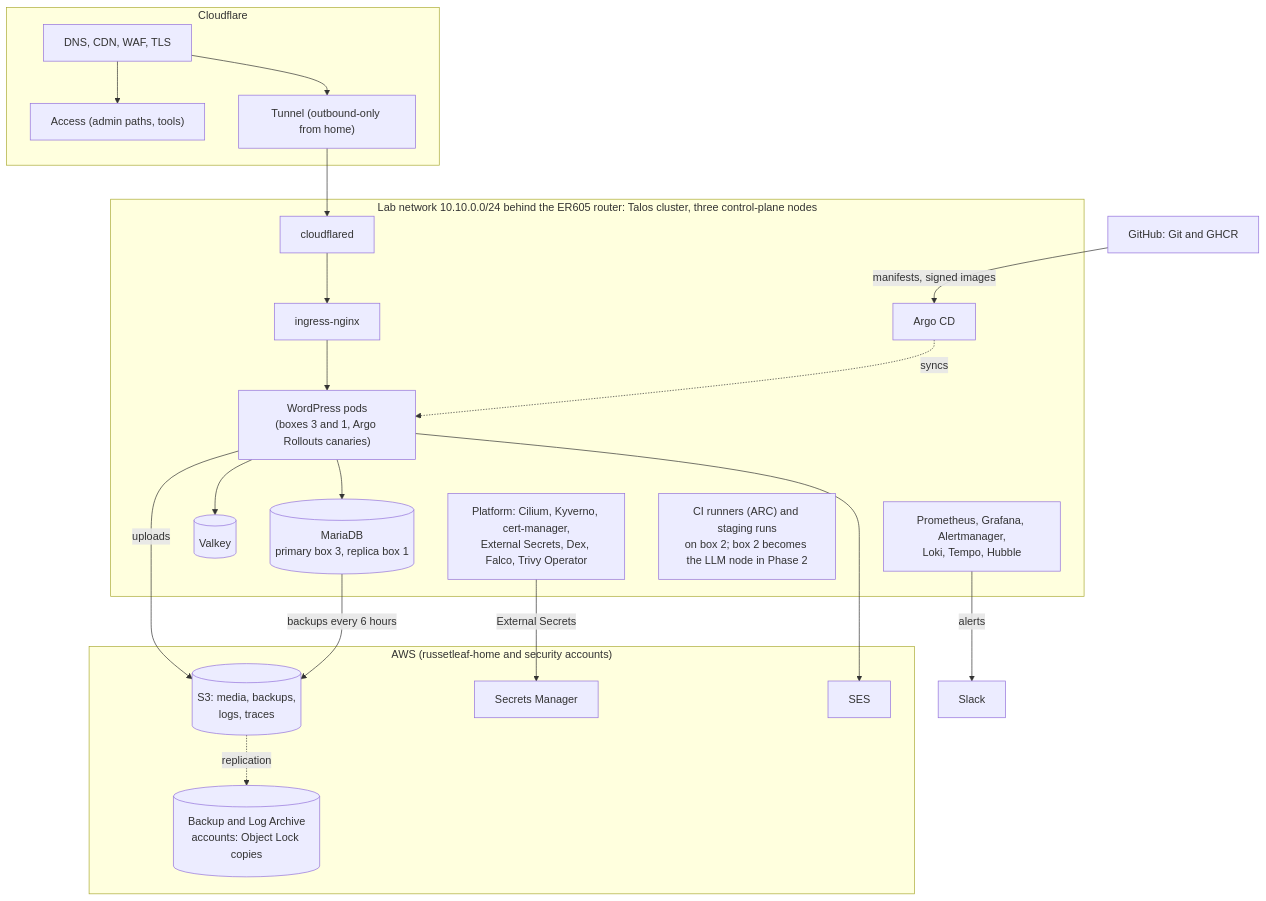
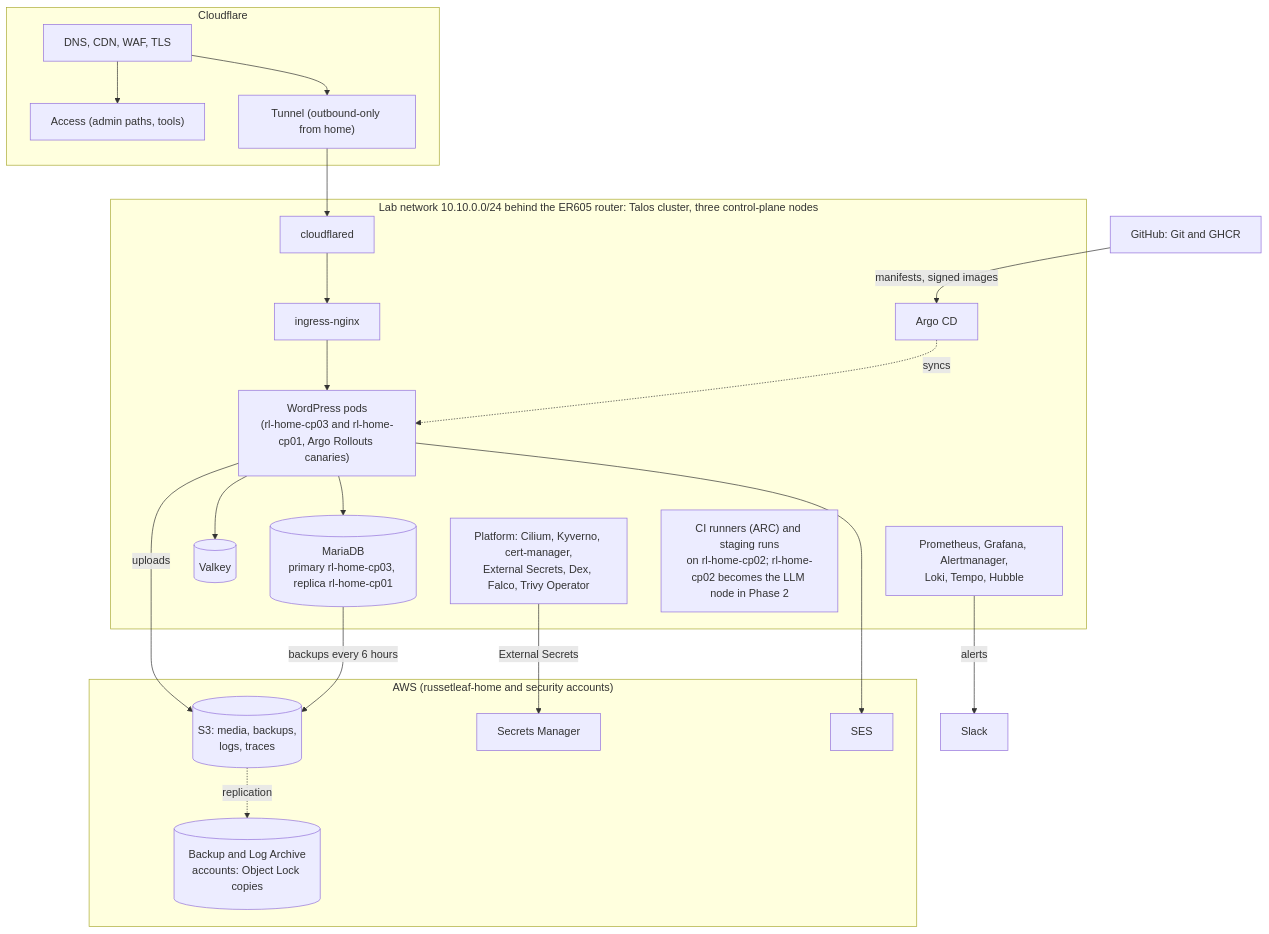
One commit to russetleaf/russetleaf-docs changed the second of 2 diagrams in docs/phase-1-russetleaf-dev/design.md. Above: the diagram before and after it, drawn with Mermaid. The commit also changed other lines of this file and 33 other files, not shown here.

````diff
--- a/docs/phase-1-russetleaf-dev/design.md
+++ b/docs/phase-1-russetleaf-dev/design.md
@@ -40,31 +40,31 @@
 ```mermaid
 flowchart TB
   subgraph edge["Cloudflare"]
     dns["DNS, CDN, WAF, TLS"] --> access["Access (admin paths, tools)"]
     tunnel["Tunnel (outbound-only from home)"]
   end
   subgraph lab["Lab network 10.10.0.0/24 behind the ER605 router: Talos cluster, three control-plane nodes"]
     cfd["cloudflared"] --> ingress["ingress-nginx"]
-    ingress --> wp["WordPress pods<br/>(boxes 3 and 1, Argo Rollouts canaries)"]
-    wp --> db[("MariaDB<br/>primary box 3, replica box 1")]
+    ingress --> wp["WordPress pods<br/>(rl-home-cp03 and rl-home-cp01, Argo Rollouts canaries)"]
+    wp --> db[("MariaDB<br/>primary rl-home-cp03, replica rl-home-cp01")]
     wp --> cache[("Valkey")]
     argo["Argo CD"] -.->|syncs| wp
     plat["Platform: Cilium, Kyverno, cert-manager,<br/>External Secrets, Dex, Falco, Trivy Operator"]
     obs["Prometheus, Grafana, Alertmanager,<br/>Loki, Tempo, Hubble"]
-    runners["CI runners (ARC) and staging runs<br/>on box 2; box 2 becomes the LLM node in Phase 2"]
+    runners["CI runners (ARC) and staging runs<br/>on rl-home-cp02; rl-home-cp02 becomes the LLM node in Phase 2"]
   end
   subgraph aws["AWS (russetleaf-home and security accounts)"]
     s3[("S3: media, backups,<br/>logs, traces")]
     sm["Secrets Manager"]
     ses["SES"]
     backup[("Backup and Log Archive<br/>accounts: Object Lock copies")]
   end
   dns --> tunnel --> cfd
   wp -->|"uploads"| s3
   wp --> ses
   db -->|"backups every 6 hours"| s3
   plat -->|"External Secrets"| sm
   s3 -.->|replication| backup
   obs -->|alerts| slack["Slack"]
   github["GitHub: Git and GHCR"] -->|"manifests, signed images"| argo
 ```
````
